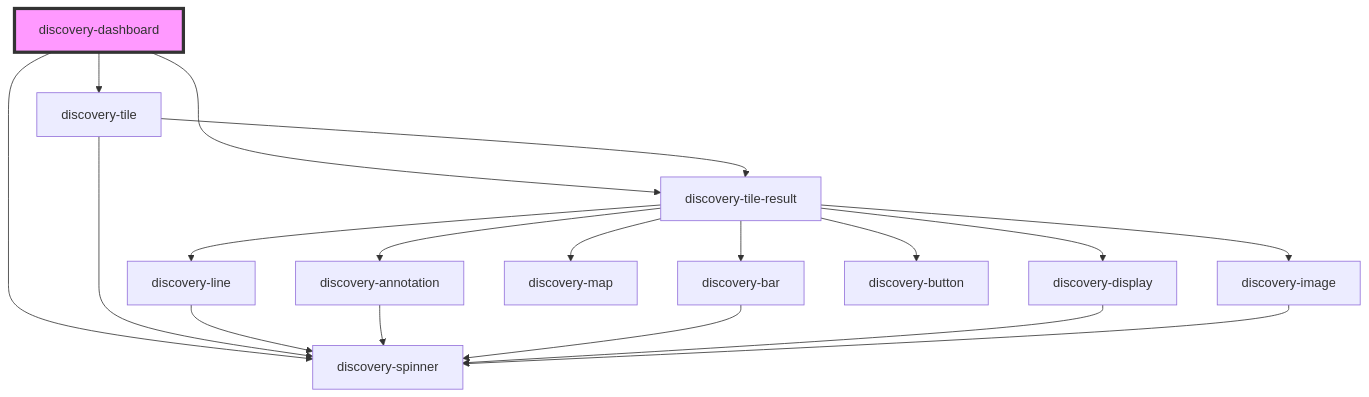
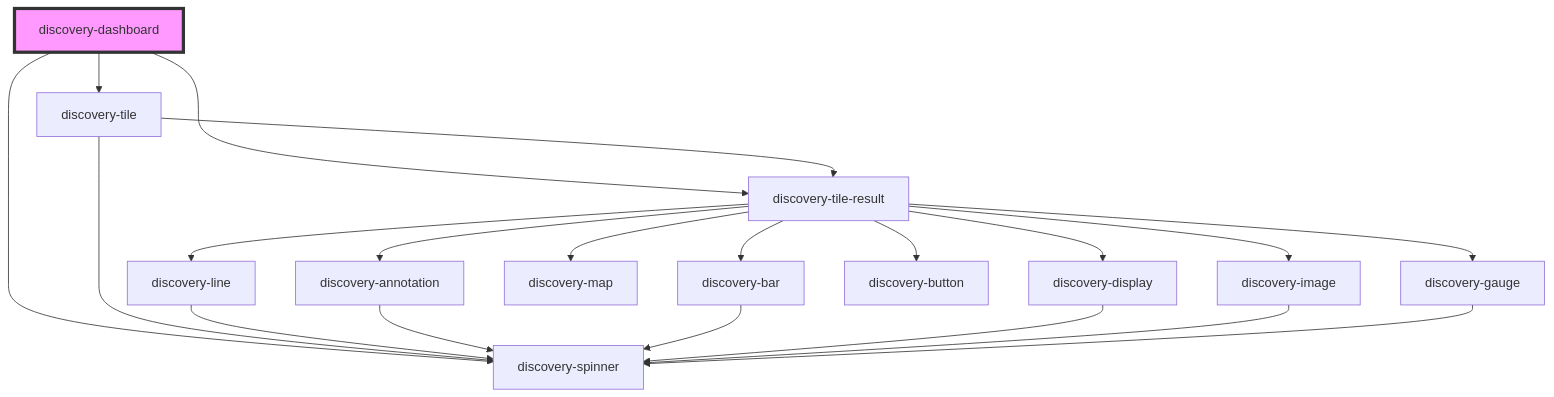
Before and after one commit to senx/discovery-widgets: the diagram in src/components/discovery-dashboard/readme.md, drawn with Mermaid. The commit also changed other lines of this file and 30 other files, not shown here.

````diff
--- a/src/components/discovery-dashboard/readme.md
+++ b/src/components/discovery-dashboard/readme.md
@@ -36,21 +38,23 @@
 ```mermaid
 graph TD;
   discovery-dashboard --> discovery-tile
   discovery-dashboard --> discovery-tile-result
   discovery-dashboard --> discovery-spinner
   discovery-tile --> discovery-tile-result
   discovery-tile --> discovery-spinner
   discovery-tile-result --> discovery-line
   discovery-tile-result --> discovery-annotation
   discovery-tile-result --> discovery-bar
   discovery-tile-result --> discovery-display
   discovery-tile-result --> discovery-map
   discovery-tile-result --> discovery-image
   discovery-tile-result --> discovery-button
+  discovery-tile-result --> discovery-gauge
   discovery-line --> discovery-spinner
   discovery-annotation --> discovery-spinner
   discovery-bar --> discovery-spinner
   discovery-display --> discovery-spinner
   discovery-image --> discovery-spinner
+  discovery-gauge --> discovery-spinner
   style discovery-dashboard fill:#f9f,stroke:#333,stroke-width:4px
 ```
````
